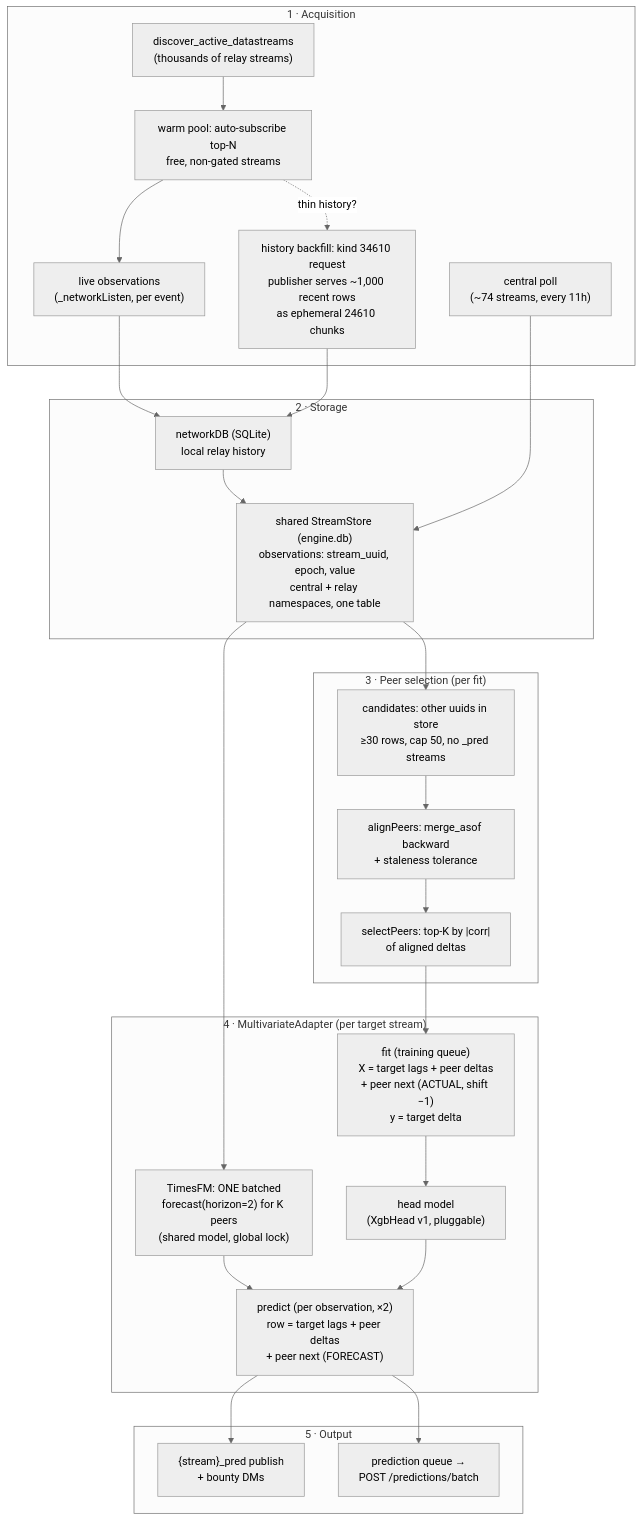
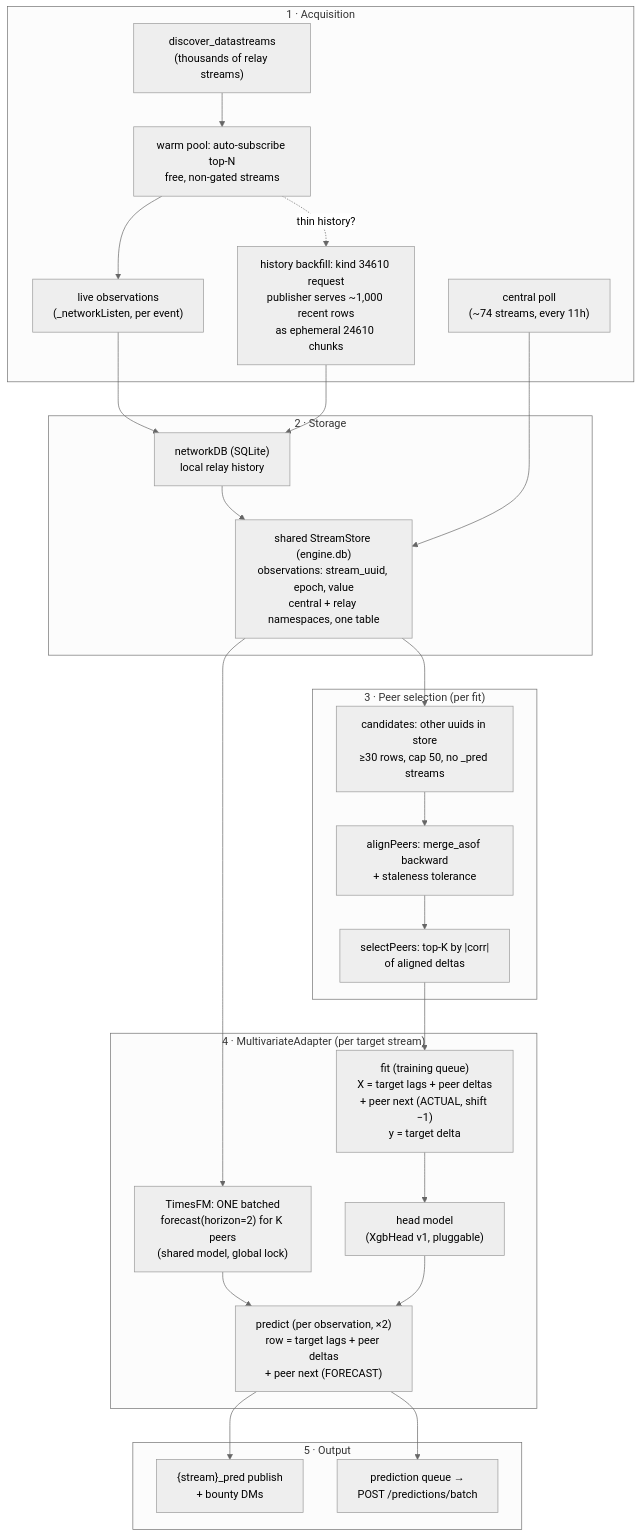
One commit to SatoriNetwork/satori-lite changed the diagram in docs/engine/MULTIVARIATE.md. Above: the diagram before and after it, drawn with Mermaid (neutral theme). The commit also changed other lines of this file and 6 other files, not shown here.

````diff
--- a/docs/engine/MULTIVARIATE.md
+++ b/docs/engine/MULTIVARIATE.md
@@ -250,46 +250,46 @@
 ```mermaid
 flowchart TB
     subgraph ACQ["1 · Acquisition"]
-        DISC["discover_active_datastreams<br/>(thousands of relay streams)"]
+        DISC["discover_datastreams<br/>(thousands of relay streams)"]
         WARM["warm pool: auto-subscribe top-N<br/>free, non-gated streams"]
         LIVE["live observations<br/>(_networkListen, per event)"]
         HIST["history backfill: kind 34610 request<br/>publisher serves ~1,000 recent rows<br/>as ephemeral 24610 chunks"]
         CPOLL["central poll<br/>(~74 streams, every 11h)"]
         DISC --> WARM
         WARM --> LIVE
         WARM -. "thin history?" .-> HIST
     end
 
     subgraph STORAGE["2 · Storage"]
         NDB["networkDB (SQLite)<br/>local relay history"]
         SS["shared StreamStore (engine.db)<br/>observations: stream_uuid, epoch, value<br/>central + relay namespaces, one table"]
         LIVE --> NDB
         HIST --> NDB
         NDB --> SS
         CPOLL --> SS
     end
 
     subgraph SELECT["3 · Peer selection (per fit)"]
         CAND["candidates: other uuids in store<br/>≥30 rows, cap 50, no _pred streams"]
         ALIGN["alignPeers: merge_asof backward<br/>+ staleness tolerance"]
         CORR["selectPeers: top-K by |corr|<br/>of aligned deltas"]
         SS --> CAND --> ALIGN --> CORR
     end
 
     subgraph MODEL["4 · MultivariateAdapter (per target stream)"]
         FIT["fit (training queue)<br/>X = target lags + peer deltas<br/>+ peer next (ACTUAL, shift −1)<br/>y = target delta"]
         HEAD["head model<br/>(XgbHead v1, pluggable)"]
         TFM["TimesFM: ONE batched<br/>forecast(horizon=2) for K peers<br/>(shared model, global lock)"]
         PRED["predict (per observation, ×2)<br/>row = target lags + peer deltas<br/>+ peer next (FORECAST)"]
         CORR --> FIT --> HEAD
         SS --> TFM --> PRED
         HEAD --> PRED
     end
 
     subgraph OUT["5 · Output"]
         REL["{stream}_pred publish<br/>+ bounty DMs"]
         CEN["prediction queue →<br/>POST /predictions/batch"]
         PRED --> REL
         PRED --> CEN
     end
 ```
````
